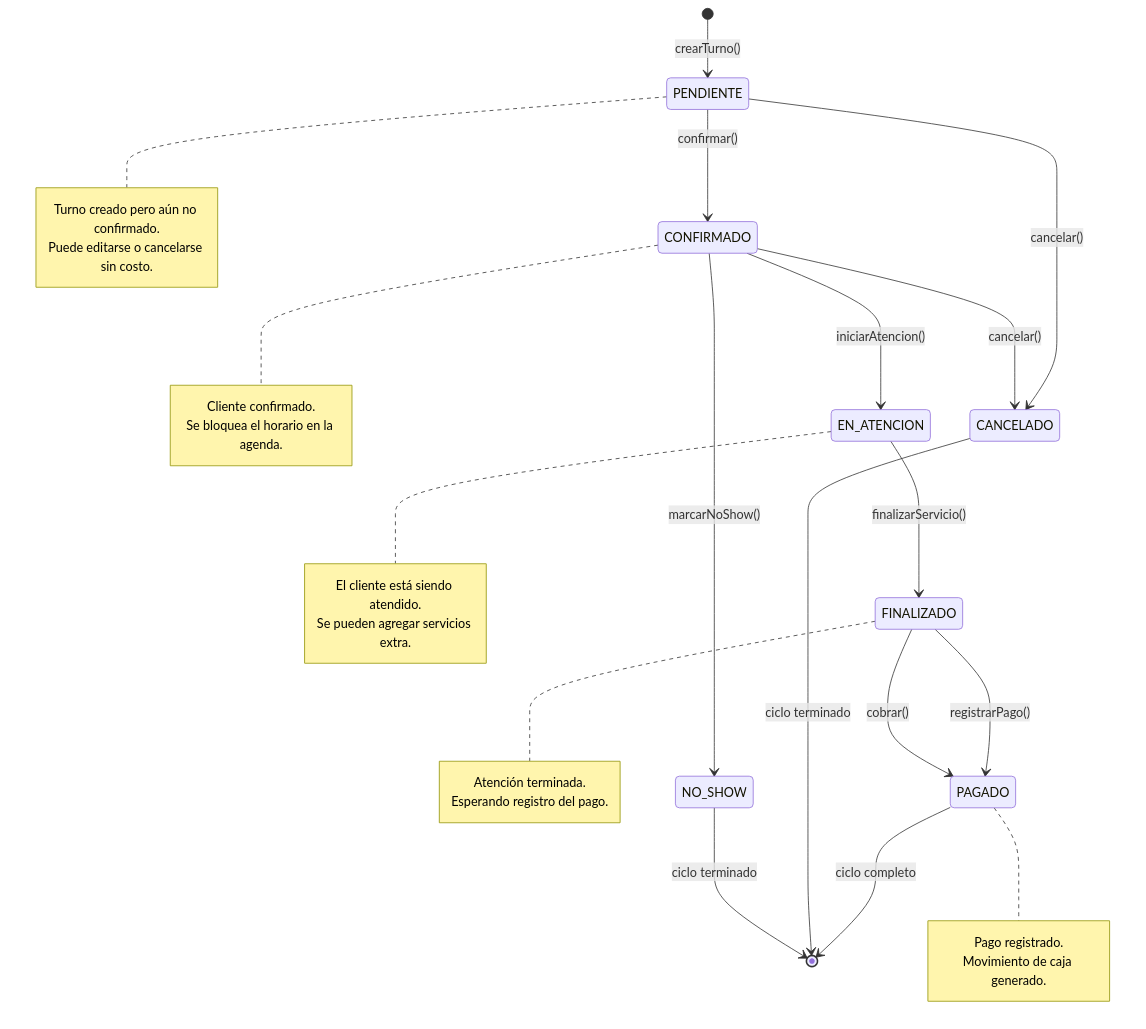
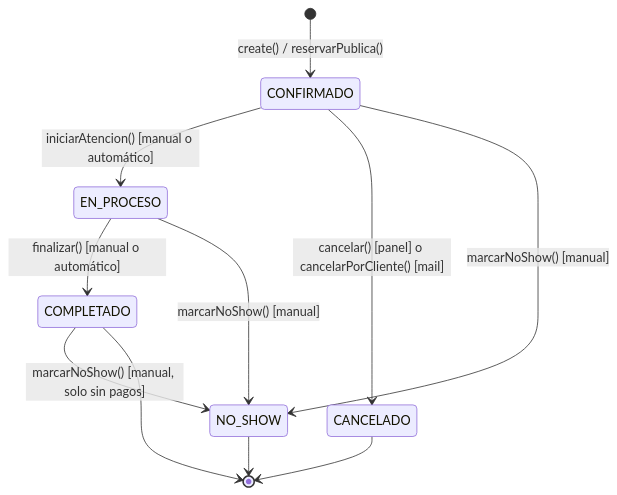
The third of 3 diagrams in diagramas-arquitectura-software/contexto-proyecto.md (Lean-98/generic-barber), drawn with Mermaid before and after one commit. The commit also changed other lines of this file and 9 other files, not shown here.

````diff
--- a/diagramas-arquitectura-software/contexto-proyecto.md
+++ b/diagramas-arquitectura-software/contexto-proyecto.md
@@ -453,45 +400,16 @@
 ```mermaid
 stateDiagram-v2
-    [*] --> PENDIENTE : crearTurno()
+    [*] --> CONFIRMADO : create() / reservarPublica()
 
-    PENDIENTE --> CONFIRMADO : confirmar()
-    PENDIENTE --> CANCELADO : cancelar()
+    CONFIRMADO --> EN_PROCESO : iniciarAtencion() [manual o automático]
+    CONFIRMADO --> CANCELADO : cancelar() [panel] o cancelarPorCliente() [mail]
+    CONFIRMADO --> NO_SHOW : marcarNoShow() [manual]
 
-    CONFIRMADO --> EN_ATENCION : iniciarAtencion()
-    CONFIRMADO --> CANCELADO : cancelar()
-    CONFIRMADO --> NO_SHOW : marcarNoShow()
+    EN_PROCESO --> COMPLETADO : finalizar() [manual o automático]
+    EN_PROCESO --> NO_SHOW : marcarNoShow() [manual]
+    COMPLETADO --> NO_SHOW : marcarNoShow() [manual, solo sin pagos]
 
-    EN_ATENCION --> FINALIZADO : finalizarServicio()
-
-    FINALIZADO --> PAGADO : registrarPago()
-    FINALIZADO --> PAGADO : cobrar()
-
-    PAGADO --> [*] : ciclo completo
-    CANCELADO --> [*] : ciclo terminado
-    NO_SHOW --> [*] : ciclo terminado
-
-    note right of PENDIENTE
-        Turno creado pero aún no confirmado.
-        Puede editarse o cancelarse sin costo.
-    end note
-
-    note right of CONFIRMADO
-        Cliente confirmado.
-        Se bloquea el horario en la agenda.
-    end note
-
-    note right of EN_ATENCION
-        El cliente está siendo atendido.
-        Se pueden agregar servicios extra.
-    end note
-
-    note right of FINALIZADO
-        Atención terminada.
-        Esperando registro del pago.
-    end note
-
-    note right of PAGADO
-        Pago registrado.
-        Movimiento de caja generado.
-    end note
+    COMPLETADO --> [*]
+    CANCELADO --> [*]
+    NO_SHOW --> [*]
 ```
````
